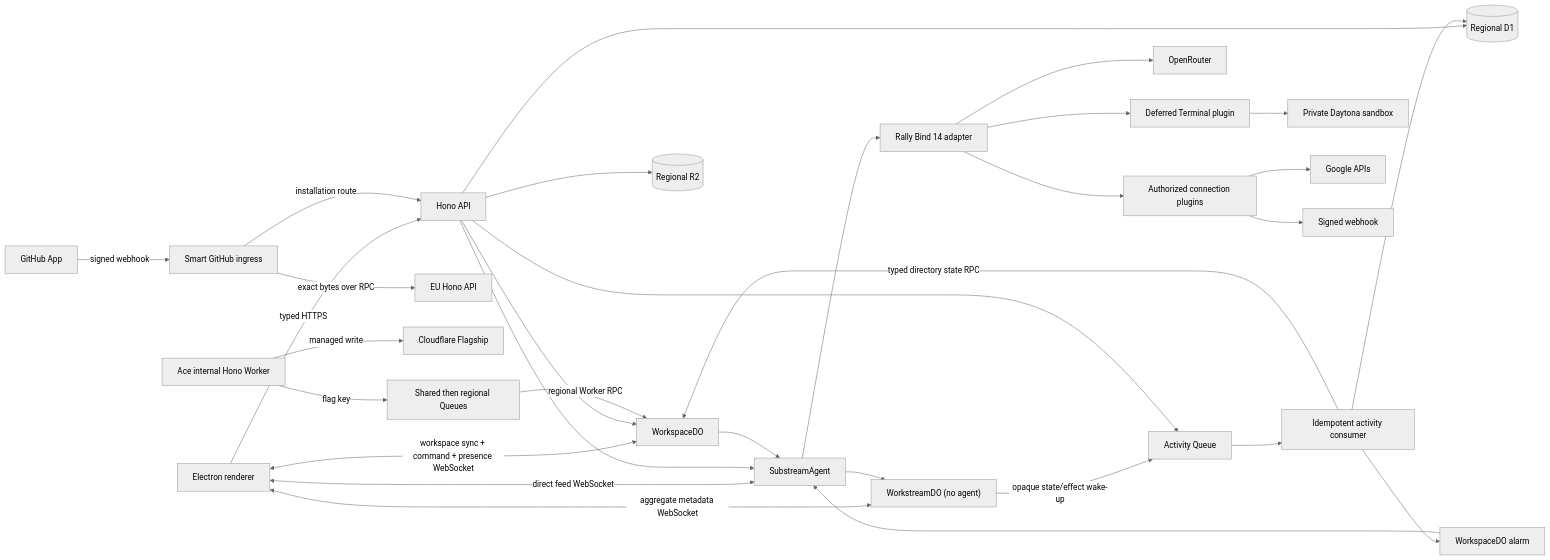
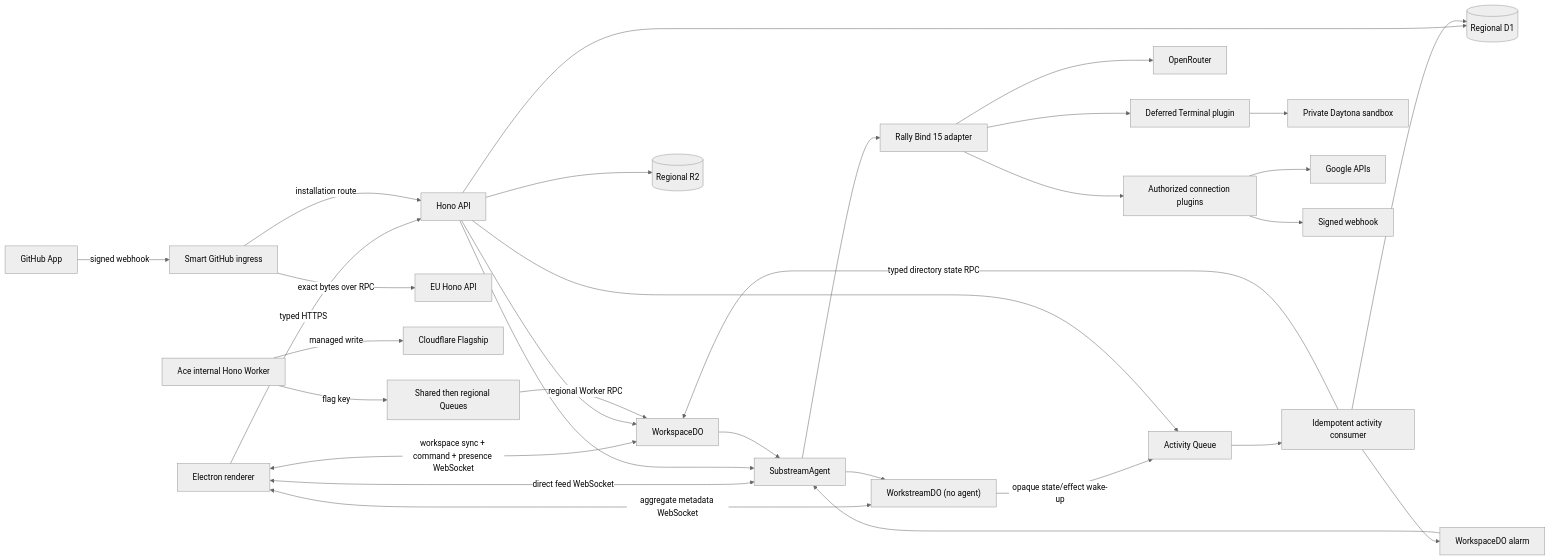
The diagram in docs/architecture.md (juno-ai-labs/avalon), drawn with Mermaid (neutral theme) before and after one commit. The commit also changed 1 other file, not shown here.

First paragraph of the commit message:
Describe the elicitation-gap failure that can actually happen
Review traced the mechanism and the changelog had it wrong in both directions,
so the durable record now says what the code does.

````diff
--- a/docs/architecture.md
+++ b/docs/architecture.md
@@ -98,33 +98,33 @@
 ```mermaid
 flowchart LR
   E["Electron renderer"] -->|"typed HTTPS"| H["Hono API"]
   E <-->|"workspace sync + command + presence WebSocket"| WD["WorkspaceDO"]
   E <-->|"aggregate metadata WebSocket"| WS["WorkstreamDO (no agent)"]
   E <-->|"direct feed WebSocket"| SA["SubstreamAgent"]
   H --> D[("Regional D1")]
   H --> B[("Regional R2")]
   H --> WD
   H --> SA
   WD --> SA
   SA --> WS
   WS -->|"opaque state/effect wake-up"| Q
   H --> Q["Activity Queue"]
   GH["GitHub App"] -->|"signed webhook"| GI["Smart GitHub ingress"]
   GI -->|"installation route"| H
   GI -->|"exact bytes over RPC"| EH["EU Hono API"]
   Q --> C["Idempotent activity consumer"]
   C -->|"typed directory state RPC"| WD
   C --> D
   C --> S["WorkspaceDO alarm"]
   S --> SA
-  SA --> A["Rally Bind 14 adapter"]
+  SA --> A["Rally Bind 15 adapter"]
   A --> O["OpenRouter"]
   A --> T["Authorized connection plugins"]
   A --> X["Deferred Terminal plugin"]
   ACE["Ace internal Hono Worker"] -->|"managed write"| FF["Cloudflare Flagship"]
   ACE -->|"flag key"| FQ["Shared then regional Queues"]
   FQ -->|"regional Worker RPC"| WD
   X --> DT["Private Daytona sandbox"]
   T --> G["Google APIs"]
   T --> M["Signed webhook"]
 ```
````
